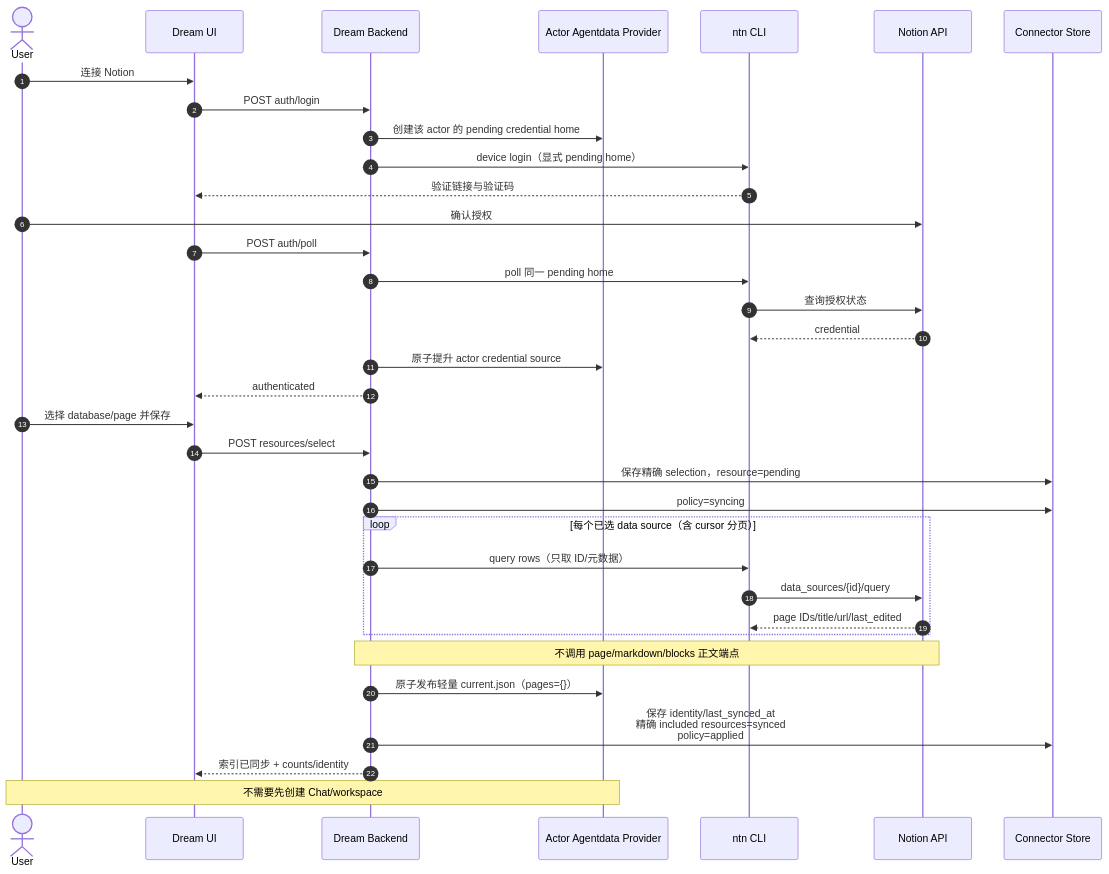
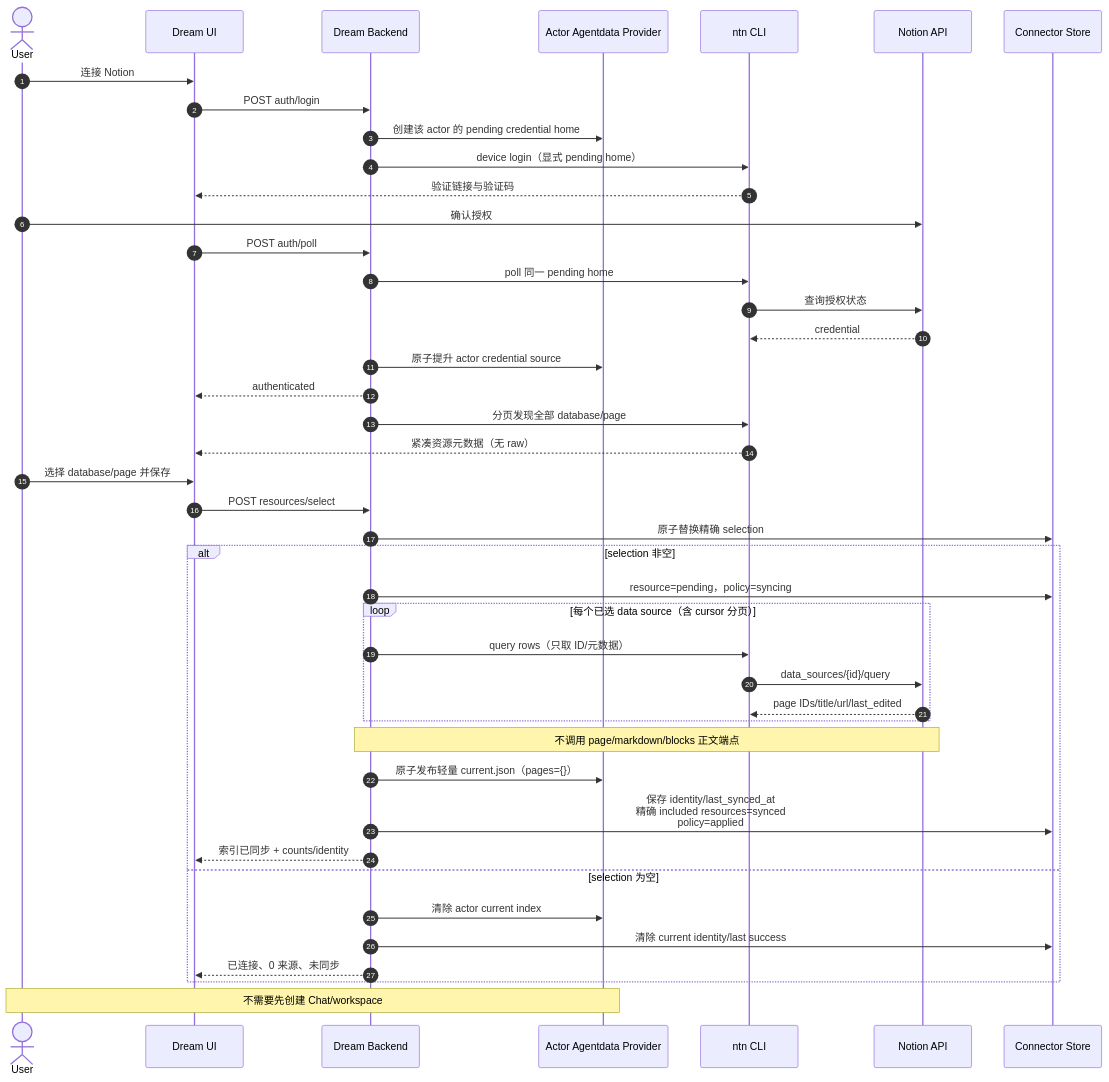
One commit to glide-the/im-dream changed the first of 3 diagrams in docs/design/notion-session/runtime-credential-and-skill-sequence.md. Above: the diagram before and after it, drawn with Mermaid. The commit also changed other lines of this file and 48 other files, not shown here.

First line of the commit message:
feat(notion): reconcile connector product and runtime flow

````diff
--- a/docs/design/notion-session/runtime-credential-and-skill-sequence.md
+++ b/docs/design/notion-session/runtime-credential-and-skill-sequence.md
@@ -10,39 +11,47 @@
 ```mermaid
 sequenceDiagram
     autonumber
     actor User
     participant UI as Dream UI
     participant Backend as Dream Backend
     participant Provider as Actor Agentdata Provider
     participant CLI as ntn CLI
     participant Notion as Notion API
     participant Store as Connector Store
 
     User->>UI: 连接 Notion
     UI->>Backend: POST auth/login
     Backend->>Provider: 创建该 actor 的 pending credential home
     Backend->>CLI: device login（显式 pending home）
     CLI-->>UI: 验证链接与验证码
     User->>Notion: 确认授权
     UI->>Backend: POST auth/poll
     Backend->>CLI: poll 同一 pending home
     CLI->>Notion: 查询授权状态
     Notion-->>CLI: credential
     Backend->>Provider: 原子提升 actor credential source
     Backend-->>UI: authenticated
 
+    Backend->>CLI: 分页发现全部 database/page
+    CLI-->>UI: 紧凑资源元数据（无 raw）
     User->>UI: 选择 database/page 并保存
     UI->>Backend: POST resources/select
-    Backend->>Store: 保存精确 selection，resource=pending
-    Backend->>Store: policy=syncing
-    loop 每个已选 data source（含 cursor 分页）
-        Backend->>CLI: query rows（只取 ID/元数据）
-        CLI->>Notion: data_sources/{id}/query
-        Notion-->>CLI: page IDs/title/url/last_edited
+    Backend->>Store: 原子替换精确 selection
+    alt selection 非空
+        Backend->>Store: resource=pending，policy=syncing
+        loop 每个已选 data source（含 cursor 分页）
+            Backend->>CLI: query rows（只取 ID/元数据）
+            CLI->>Notion: data_sources/{id}/query
+            Notion-->>CLI: page IDs/title/url/last_edited
+        end
+        Note over Backend,Notion: 不调用 page/markdown/blocks 正文端点
+        Backend->>Provider: 原子发布轻量 current.json（pages={}）
+        Backend->>Store: 保存 identity/last_synced_at<br/>精确 included resources=synced<br/>policy=applied
+        Backend-->>UI: 索引已同步 + counts/identity
+    else selection 为空
+        Backend->>Provider: 清除 actor current index
+        Backend->>Store: 清除 current identity/last success
+        Backend-->>UI: 已连接、0 来源、未同步
     end
-    Note over Backend,Notion: 不调用 page/markdown/blocks 正文端点
-    Backend->>Provider: 原子发布轻量 current.json（pages={}）
-    Backend->>Store: 保存 identity/last_synced_at<br/>精确 included resources=synced<br/>policy=applied
-    Backend-->>UI: 索引已同步 + counts/identity
     Note over User,Provider: 不需要先创建 Chat/workspace
 ```
````
